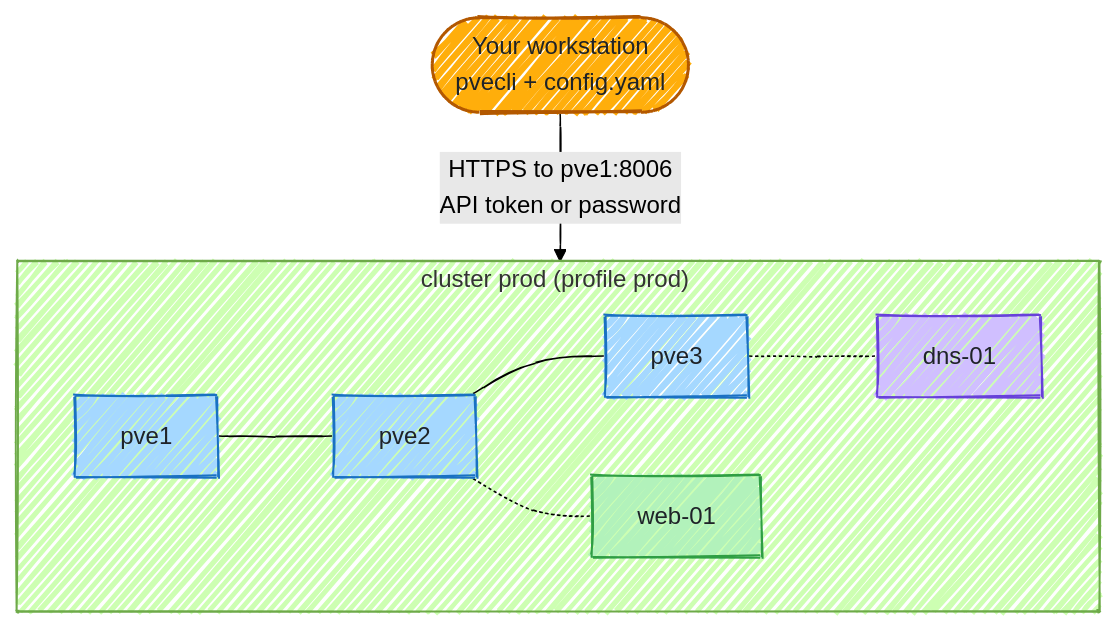
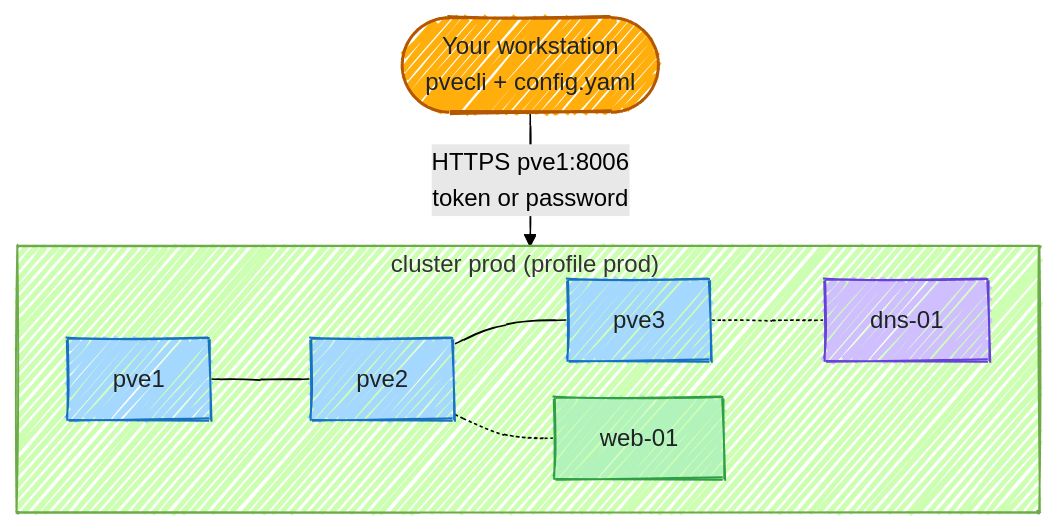
One commit to Helphyy/pvecli changed the diagram in docs/start/index.md. Above: the diagram before and after it, drawn with Mermaid (forest theme). The commit also changed other lines of this file and 19 other files, not shown here.

First line of the commit message:
Draw the diagrams at build time so they no longer pop in

````diff
--- a/docs/start/index.md
+++ b/docs/start/index.md
@@ -13,22 +15,24 @@
 ```mermaid
 ---
 config:
   look: handDrawn
   flowchart:
     curve: basis
+    nodeSpacing: 22
+    rankSpacing: 40
 ---
 flowchart TB
   you(["Your workstation<br/>pvecli + config.yaml"]):::pv
-  you -- "HTTPS to pve1:8006<br/>API token or password" --> prod
+  you -- "HTTPS pve1:8006<br/>token or password" --> prod
   subgraph prod ["cluster prod (profile prod)#nbsp;"]
     direction LR
     p1["pve1"]:::host --- p2["pve2"]:::host --- p3["pve3"]:::host
     p2 -.- vm1["web-01"]:::vm
     p3 -.- ct1["dns-01"]:::ct
   end
 
   classDef pv fill:#ffae0b,stroke:#b35800,color:#1f2328,stroke-width:2px
   classDef host fill:#a5d8ff,stroke:#1971c2,color:#1f2328
   classDef vm fill:#b2f2bb,stroke:#2f9e44,color:#1f2328
   classDef ct fill:#d0bfff,stroke:#6741d9,color:#1f2328
 ```
````
